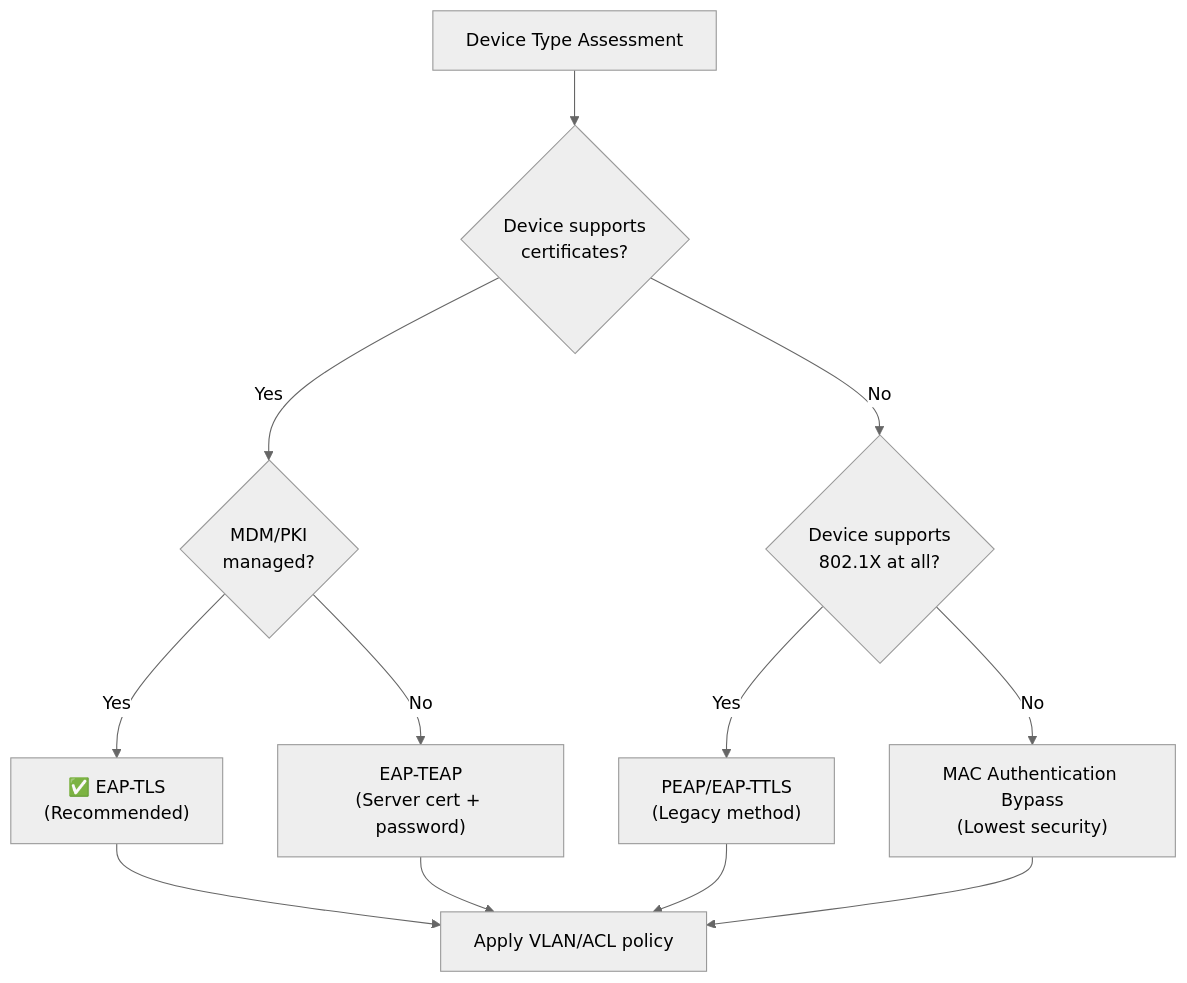
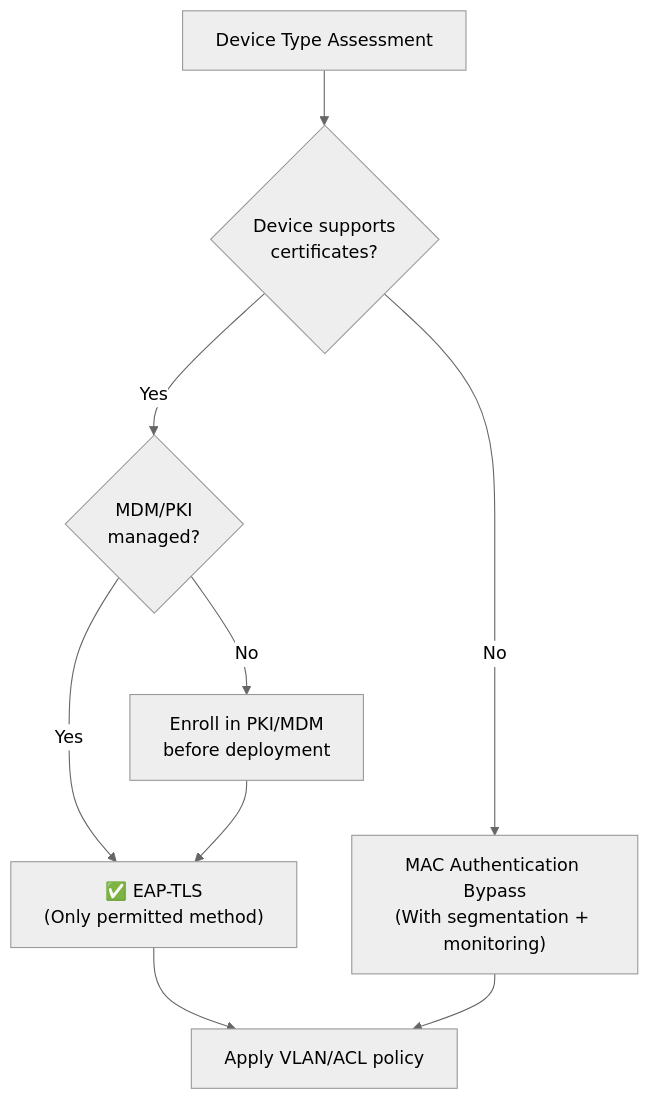
Before and after one commit to NewOrleansITI/networkstandards: the fourth of 13 diagrams in docs/security/802.1x-implementation.md, drawn with Mermaid (neutral theme). The commit also changed other lines of this file, not shown here.

Commit message:
Require EAP-TLS as only permitted 802.1X method (2026 policy)

````diff
--- a/docs/security/802.1x-implementation.md
+++ b/docs/security/802.1x-implementation.md
@@ -132,17 +134,14 @@
 ```mermaid
 flowchart TD
     START[Device Type Assessment] --> Q1{Device supports<br/>certificates?}
     Q1 -->|Yes| Q2{MDM/PKI<br/>managed?}
-    Q1 -->|No| Q3{Device supports<br/>802.1X at all?}
+    Q1 -->|No| MAB["MAC Authentication Bypass<br/>(With segmentation + monitoring)"]
 
-    Q2 -->|Yes| EAPTLS["✅ EAP-TLS<br/>(Recommended)"]
-    Q2 -->|No| TEAP["EAP-TEAP<br/>(Server cert + password)"]
+    Q2 -->|Yes| EAPTLS["✅ EAP-TLS<br/>(Only permitted method)"]
+    Q2 -->|No| ENROLL["Enroll in PKI/MDM<br/>before deployment"]
 
-    Q3 -->|Yes| PEAP["PEAP/EAP-TTLS<br/>(Legacy method)"]
-    Q3 -->|No| MAB["MAC Authentication Bypass<br/>(Lowest security)"]
+    ENROLL --> EAPTLS
 
     EAPTLS --> RESULT[Apply VLAN/ACL policy]
-    TEAP --> RESULT
-    PEAP --> RESULT
     MAB --> RESULT
 ```
````
